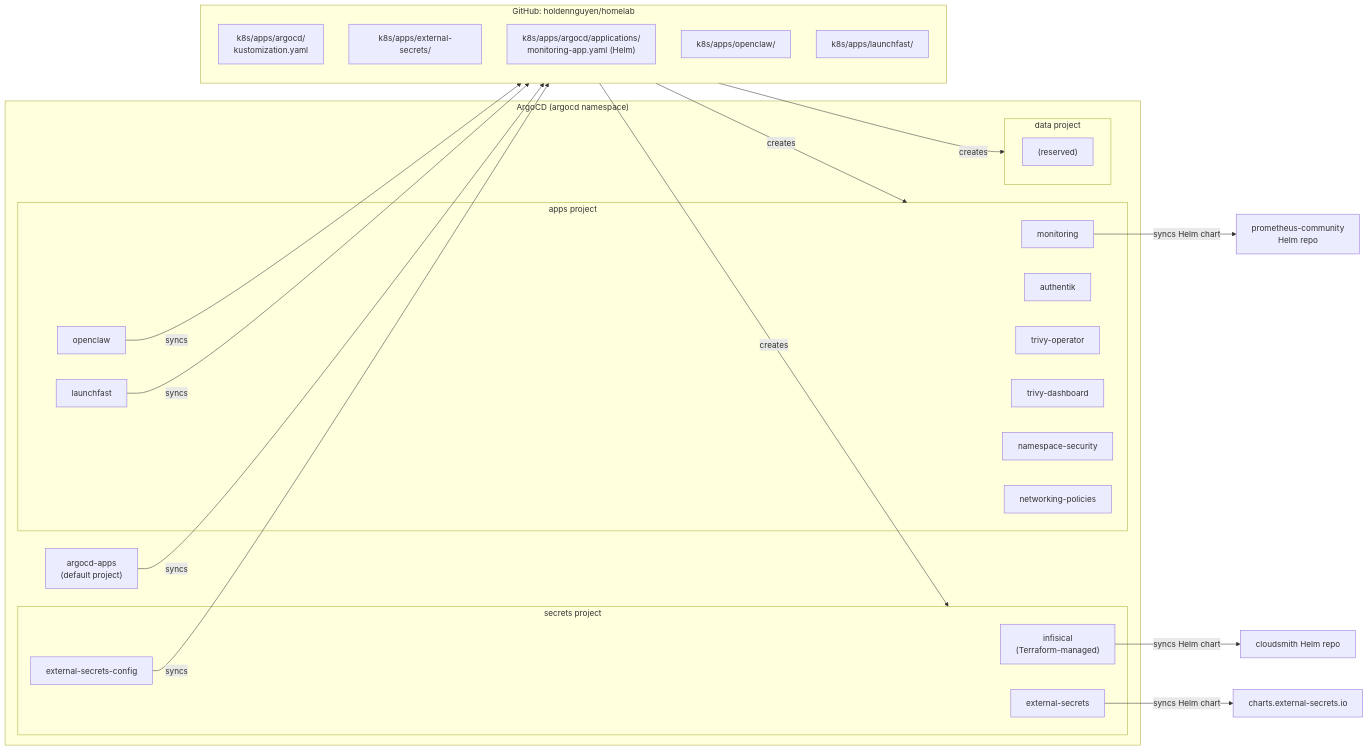
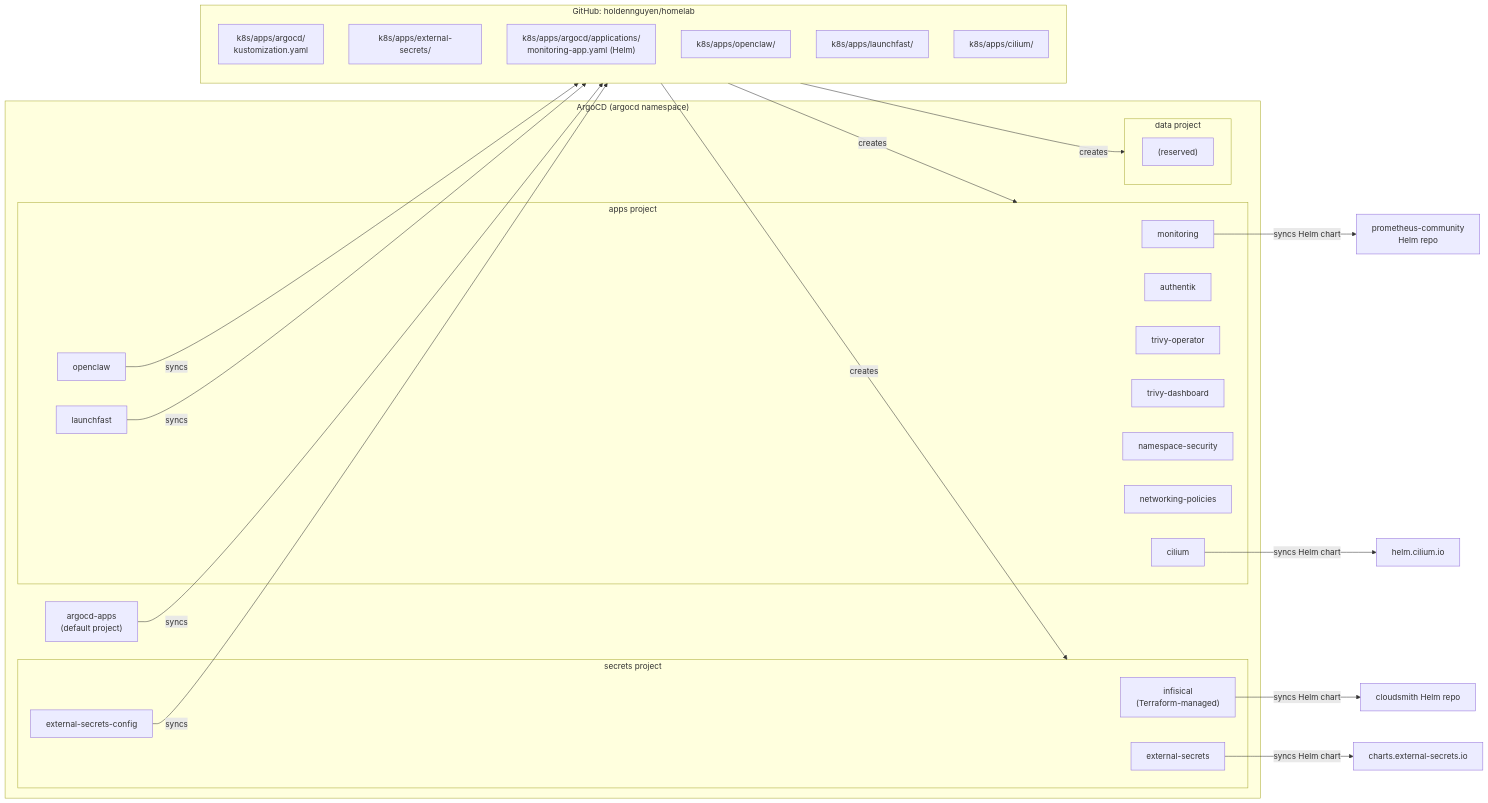
Before and after one commit to holdennguyen/homelab: the second of 4 diagrams in docs/getting-started/architecture.md, drawn with Mermaid. The commit also changed other lines of this file and 6 other files, not shown here.

````diff
--- a/docs/getting-started/architecture.md
+++ b/docs/getting-started/architecture.md
@@ -74,48 +74,51 @@
 ```mermaid
 flowchart LR
     subgraph git["GitHub: holdennguyen/homelab"]
         direction TB
         RootDir["k8s/apps/argocd/\nkustomization.yaml"]
         ESDir["k8s/apps/external-secrets/"]
         MonDir["k8s/apps/argocd/applications/\nmonitoring-app.yaml (Helm)"]
         OCDir["k8s/apps/openclaw/"]
         LFDir["k8s/apps/launchfast/"]
+        CilDir["k8s/apps/cilium/"]
     end
 
     subgraph argocd["ArgoCD (argocd namespace)"]
         RootApp["argocd-apps\n(default project)"]
 
         subgraph secretsProj["secrets project"]
             InfisicalApp["infisical\n(Terraform-managed)"]
             ESOApp["external-secrets"]
             ESCApp["external-secrets-config"]
         end
 
         subgraph dataProj["data project"]
             DataPlaceholder["(reserved)"]
         end
 
         subgraph appsProj["apps project"]
             MonApp["monitoring"]
             AuthApp["authentik"]
             OCApp["openclaw"]
             TrivyApp["trivy-operator"]
             TrivyDashApp["trivy-dashboard"]
             LFApp["launchfast"]
             NSApp["namespace-security"]
             NPApp["networking-policies"]
+            CiliumApp["cilium"]
         end
     end
 
     RootApp -- "syncs" --> RootDir
     RootDir -- "creates" --> secretsProj
     RootDir -- "creates" --> dataProj
     RootDir -- "creates" --> appsProj
 
     ESOApp -- "syncs Helm chart" --> ESOChart["charts.external-secrets.io"]
     ESCApp -- "syncs" --> ESDir
     MonApp -- "syncs Helm chart" --> MonChart["prometheus-community\nHelm repo"]
     OCApp -- "syncs" --> OCDir
     LFApp -- "syncs" --> LFDir
+    CiliumApp -- "syncs Helm chart" --> CiliumChart["helm.cilium.io"]
     InfisicalApp -- "syncs Helm chart" --> InfisicalChart["cloudsmith Helm repo"]
 ```
````
